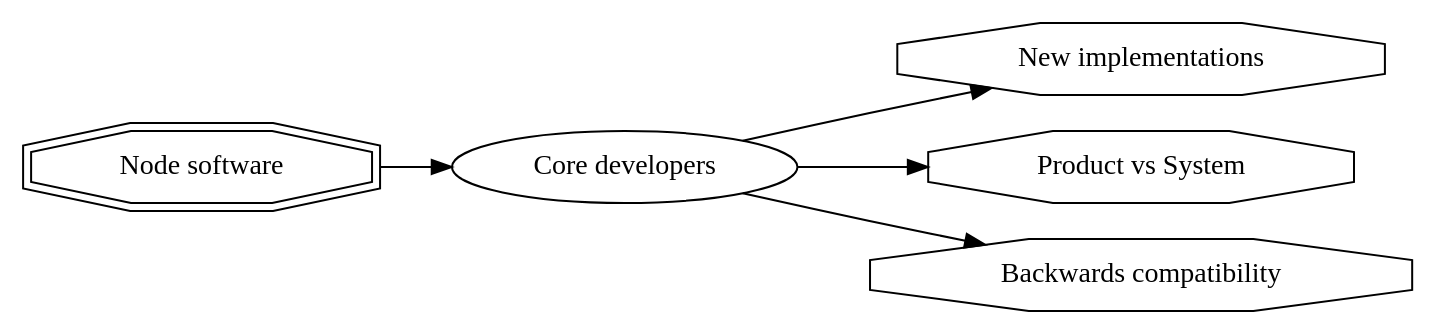
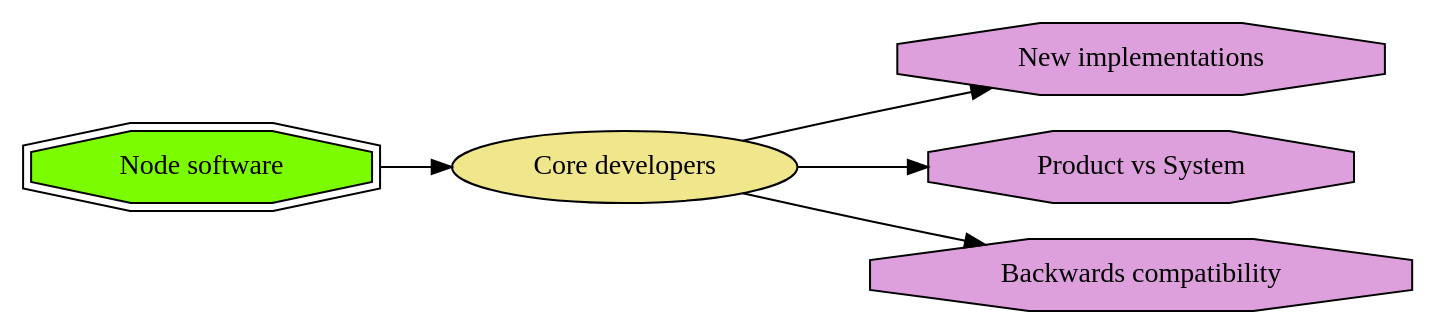
The tenth of 13 diagrams in Ethereum1x_definition.md (ledgerwatch/eth_state), drawn with Graphviz before and after one commit. The commit also changed other lines of this file, not shown here.

````diff
--- a/Ethereum1x_definition.md
+++ b/Ethereum1x_definition.md
@@ -143,14 +142,14 @@
 ```graphviz
 digraph core_devs {
 rankdir=LR;
-core_devs [label="Core developers"];
-software [label="Node software" shape="doubleoctagon"];
+core_devs [label="Core developers" style=filled fillcolor=khaki];
+software [label="Node software" shape=doubleoctagon style=filled fillcolor=lawngreen];
 software -> core_devs;
-new_implementations [label="New implementations" shape="octagon"];
-product_vs_system [label="Product vs System" shape="octagon"];
-backwards_compatibility [label="Backwards compatibility" shape="octagon"]
+new_implementations [label="New implementations" shape=octagon style=filled fillcolor=plum];
+product_vs_system [label="Product vs System" shape=octagon style=filled fillcolor=plum];
+backwards_compatibility [label="Backwards compatibility" shape=octagon style=filled fillcolor=plum]
 core_devs -> new_implementations;
 core_devs -> product_vs_system;
 core_devs -> backwards_compatibility;
 }
 ```
````
